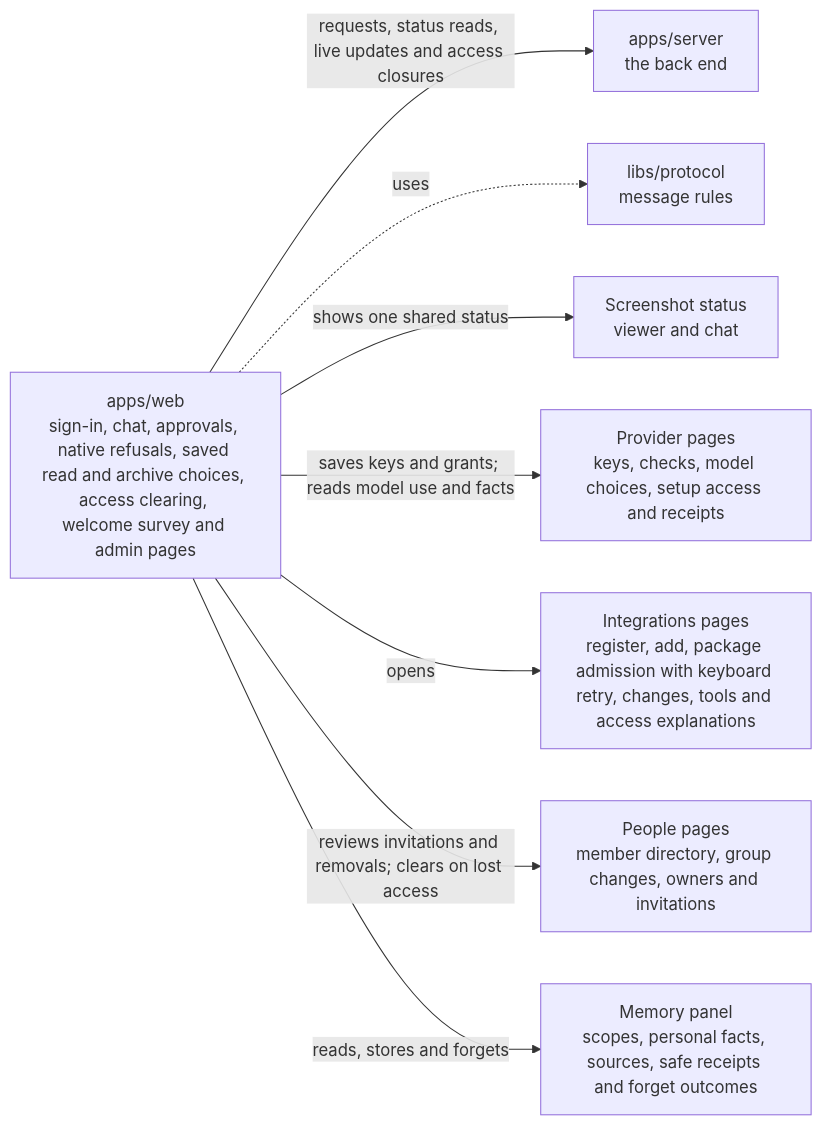
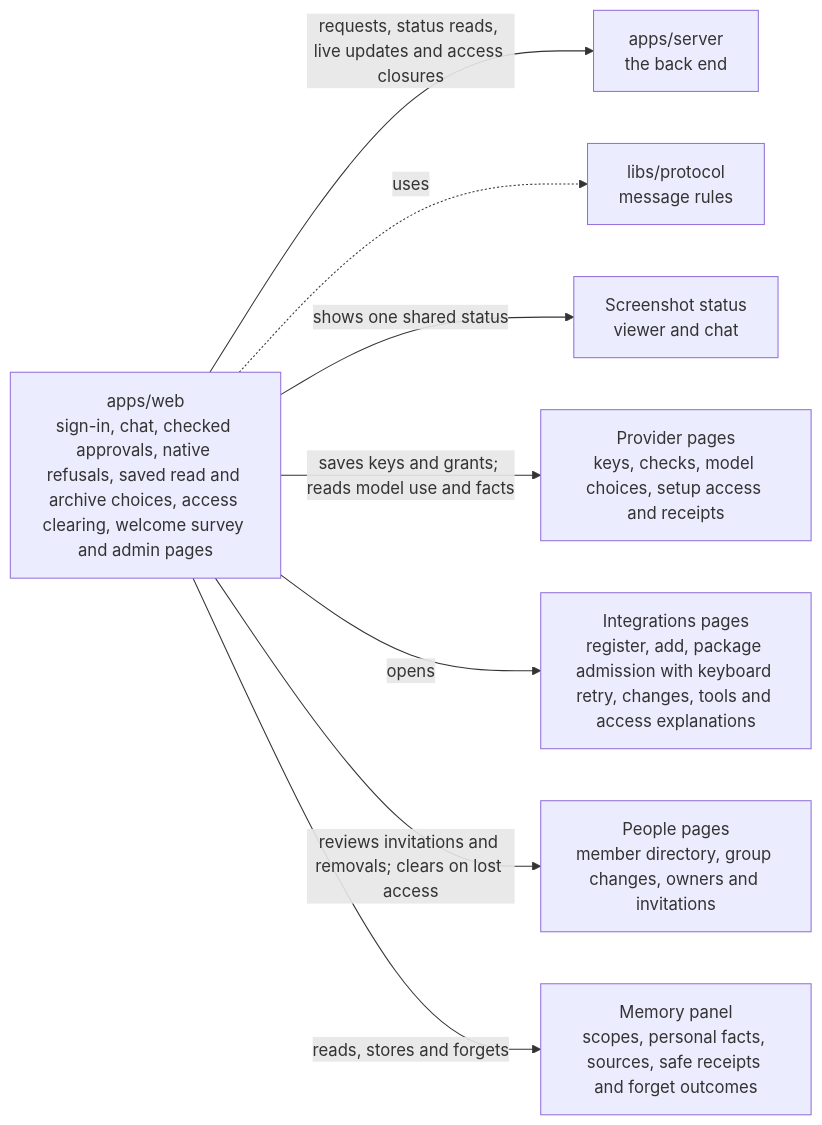
One commit to elewa-git/opencrane-new changed the diagram in apps/web/README.md. Above: the diagram before and after it, drawn with Mermaid. The commit also changed other lines of this file and 12 other files, not shown here.

````diff
--- a/apps/web/README.md
+++ b/apps/web/README.md
@@ -11,10 +11,10 @@
 ```mermaid
 flowchart LR
-  web["apps/web<br/>sign-in, chat, approvals, native refusals, saved read and archive choices, access clearing, welcome survey and admin pages"] -->|requests, status reads, live updates and access closures| server["apps/server<br/>the back end"]
+  web["apps/web<br/>sign-in, chat, checked approvals, native refusals, saved read and archive choices, access clearing, welcome survey and admin pages"] -->|requests, status reads, live updates and access closures| server["apps/server<br/>the back end"]
   web -.->|uses| protocol["libs/protocol<br/>message rules"]
   web -->|shows one shared status| capture["Screenshot status<br/>viewer and chat"]
   web -->|saves keys and grants; reads model use and facts| providers["Provider pages<br/>keys, checks, model choices, setup access and receipts"]
   web -->|opens| integrations["Integrations pages<br/>register, add, package admission with keyboard retry, changes, tools and access explanations"]
   web -->|reviews invitations and removals; clears on lost access| people["People pages<br/>member directory, group changes, owners and invitations"]
   web -->|reads, stores and forgets| memory["Memory panel<br/>scopes, personal facts, sources, safe receipts and forget outcomes"]
 ```
````
